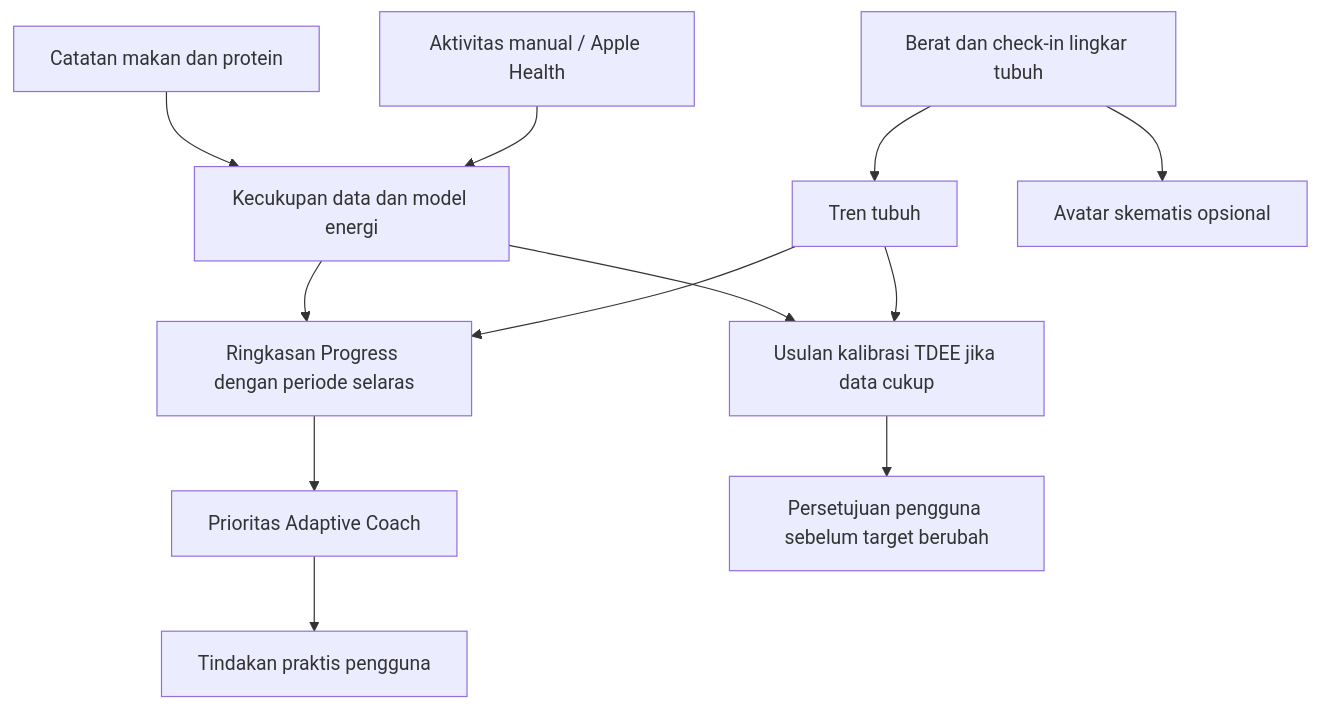
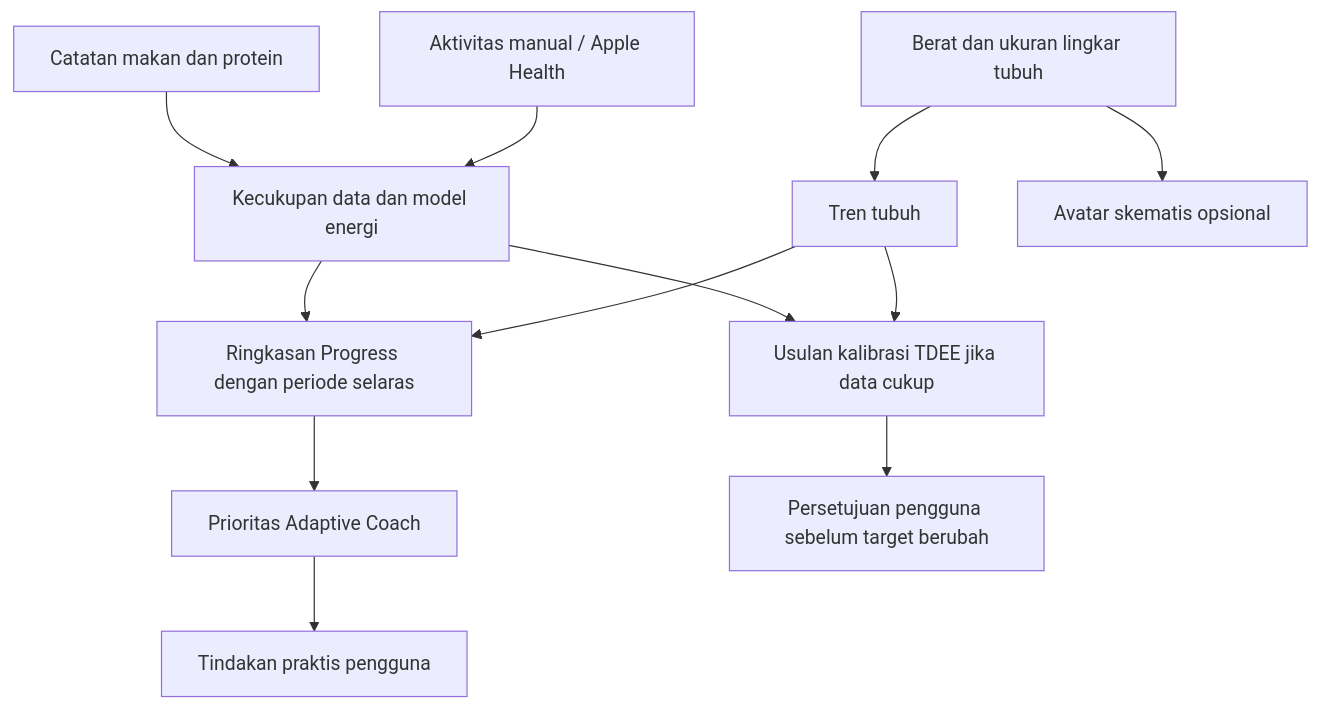
The diagram in docs/progress-visualizations.md (hafizna/menuju-kurus), drawn with Mermaid before and after one commit. The commit also changed other lines of this file and 9 other files, not shown here.

````diff
--- a/docs/progress-visualizations.md
+++ b/docs/progress-visualizations.md
@@ -74,14 +74,14 @@
 ```mermaid
 flowchart TD
   A[Catatan makan dan protein] --> D[Kecukupan data dan model energi]
   B[Aktivitas manual / Apple Health] --> D
-  C[Berat dan check-in lingkar tubuh] --> E[Tren tubuh]
+  C[Berat dan ukuran lingkar tubuh] --> E[Tren tubuh]
   D --> F[Ringkasan Progress dengan periode selaras]
   E --> F
   C --> G[Avatar skematis opsional]
   F --> H[Prioritas Adaptive Coach]
   H --> I[Tindakan praktis pengguna]
   D --> J[Usulan kalibrasi TDEE jika data cukup]
   E --> J
   J --> K[Persetujuan pengguna sebelum target berubah]
 ```
````
